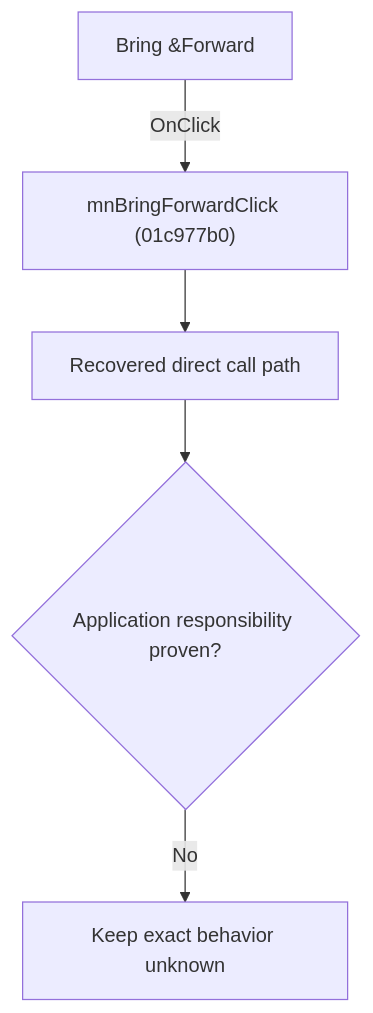
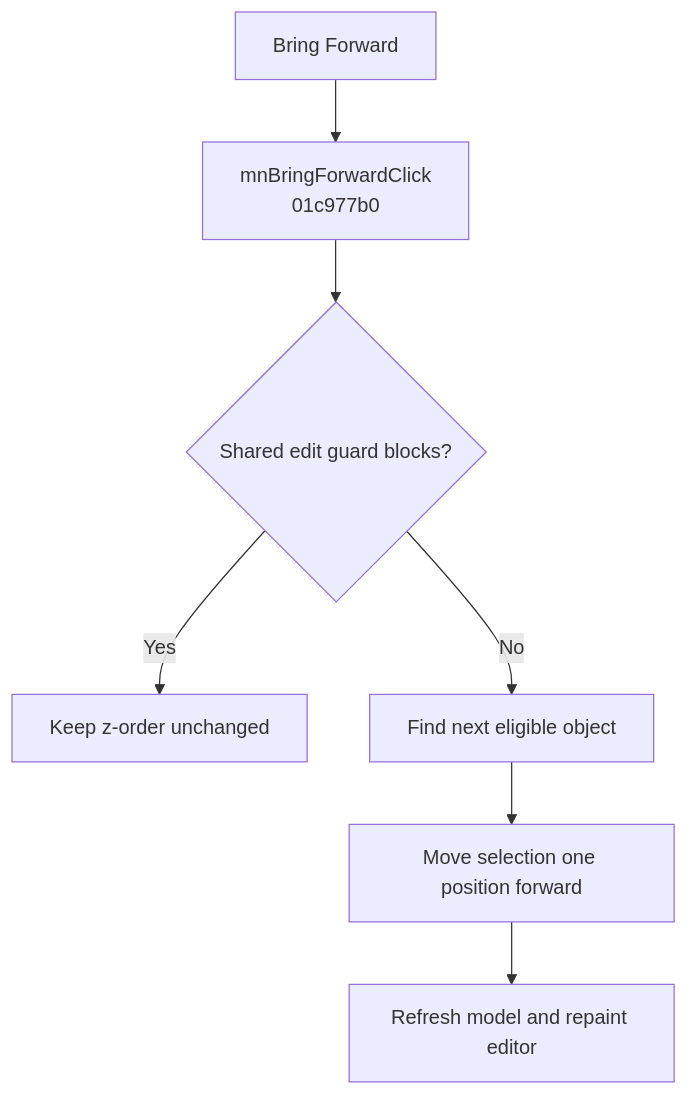
The diagram in docs/ui-controls/schematiceditor/mnbringforward-4780adeaf1.md (MovGP0/TIARA), drawn with Mermaid before and after one commit. The commit also changed other lines of this file and 241 other files, not shown here.

````diff
--- a/docs/ui-controls/schematiceditor/mnbringforward-4780adeaf1.md
+++ b/docs/ui-controls/schematiceditor/mnbringforward-4780adeaf1.md
@@ -27,7 +29,9 @@
 ```mermaid
 flowchart TD
-    control["Bring &Forward"] -->|"OnClick"| handler["mnBringForwardClick (01c977b0)"]
-    handler --> recovered["Recovered direct call path"]
-    recovered --> gap{"Application responsibility proven?"}
-    gap -->|"No"| blocked["Keep exact behavior unknown"]
+    control["Bring Forward"] --> handler["mnBringForwardClick<br/>01c977b0"]
+    handler --> guard{"Shared edit guard blocks?"}
+    guard -->|"Yes"| noOp["Keep z-order unchanged"]
+    guard -->|"No"| adjacent["Find next eligible object"]
+    adjacent --> reorder["Move selection one position forward"]
+    reorder --> refresh["Refresh model and repaint editor"]
 ```
````
